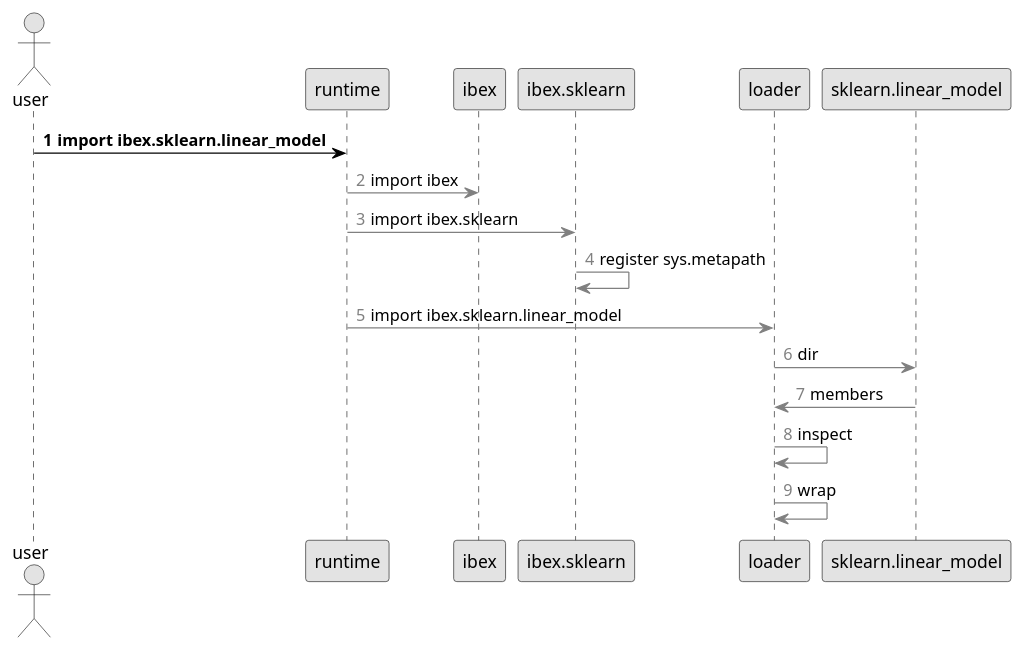
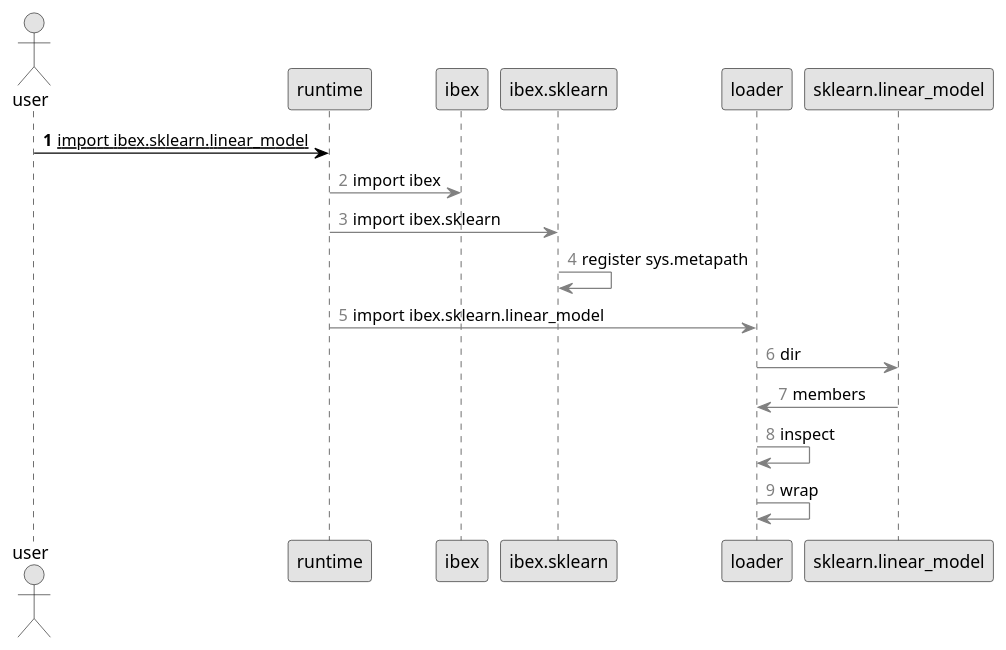
Before and after one commit to atavory/atavory.github.io: the diagram in ibex_pres/import_seq_one.plantuml, drawn with PlantUML. The commit also changed 19 other files, not shown here.

```diff
--- a/ibex_pres/import_seq_one.plantuml
+++ b/ibex_pres/import_seq_one.plantuml
@@ -1,20 +1,20 @@
 @startuml
 
 skinparam monochrome true
 skinparam shadowing false
 
 actor user
 
 autonumber 1
-user -[#black]> runtime: **import ibex.sklearn.linear_model**
+user -[#black]> runtime: __import ibex.sklearn.linear_model__
 autonumber 2 "<font color=grey>"
 runtime -[#grey]> ibex: import ibex
 runtime -[#grey]> ibex.sklearn: import ibex.sklearn
 ibex.sklearn -[#grey]> ibex.sklearn: register sys.metapath
 runtime -[#grey]> loader: import ibex.sklearn.linear_model
 loader -[#grey]> sklearn.linear_model: dir
 sklearn.linear_model -[#grey]> loader: members
 loader -[#grey]> loader: inspect
 loader -[#grey]> loader: wrap
 
 @enduml
```
